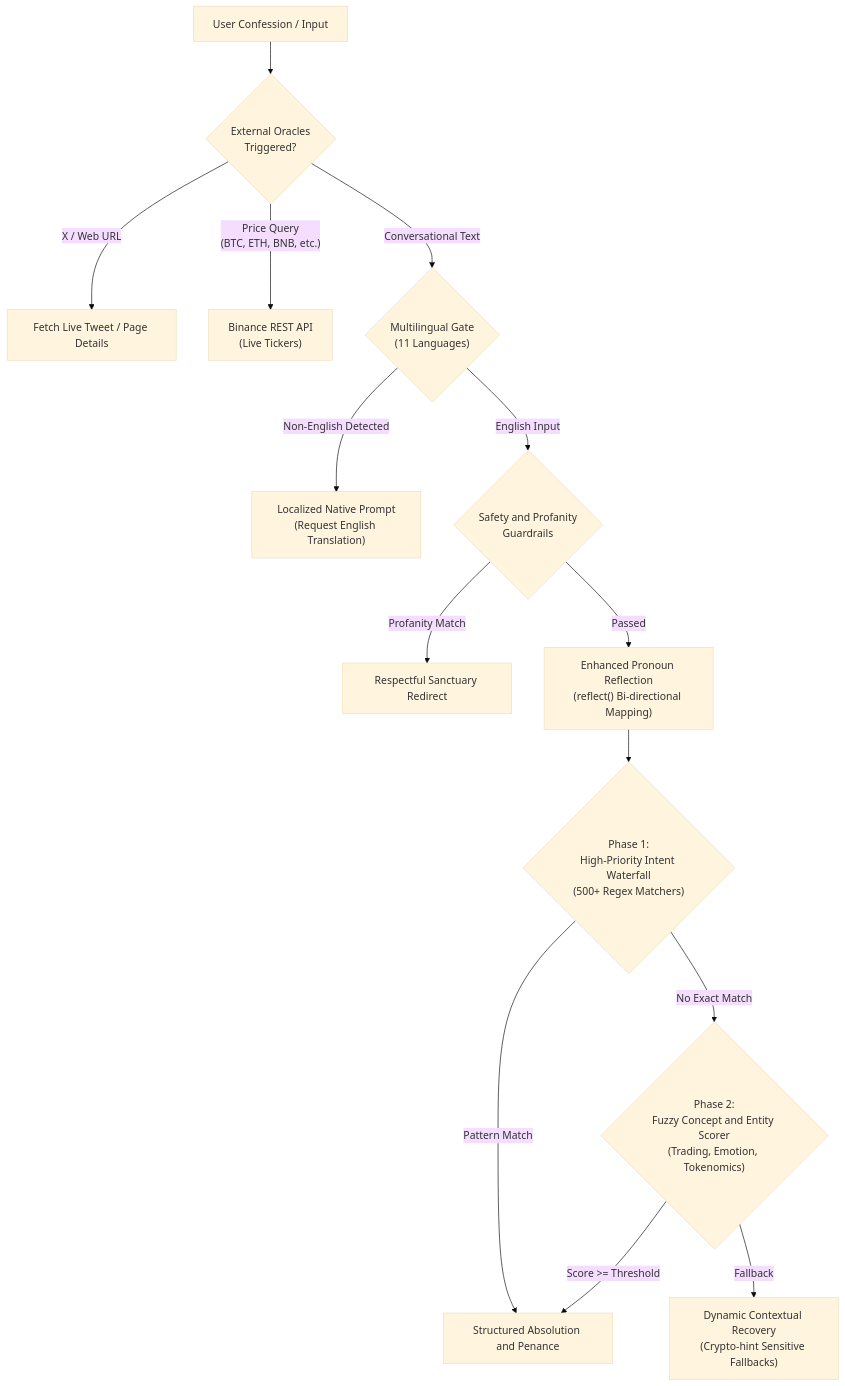
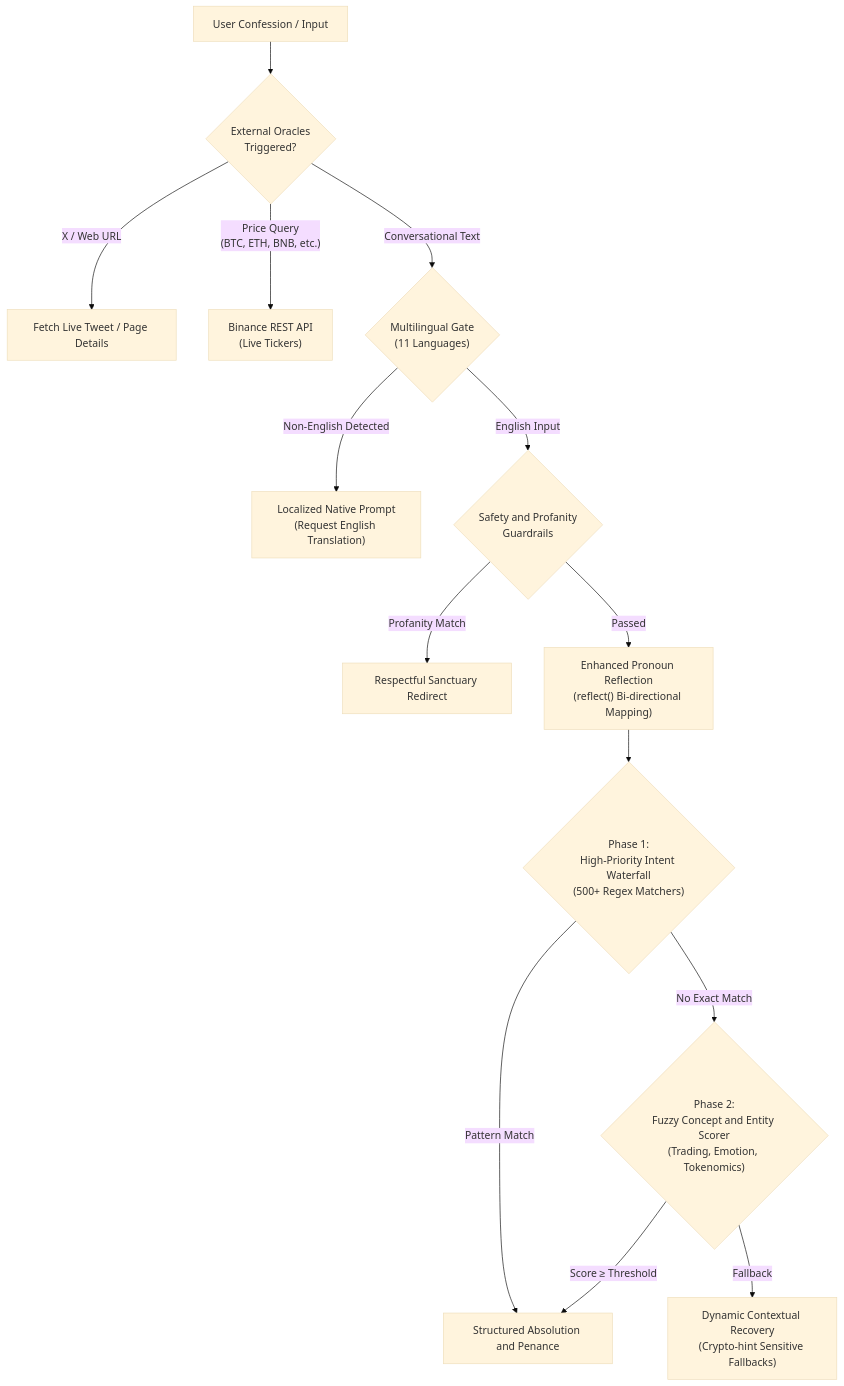
One commit to Lukecele/virtue changed the diagram in README.md. Above: the diagram before and after it, drawn with Mermaid (base theme).

Commit message:
docs: use Unicode symbol in Mermaid label for mobile SVG parser safety

````diff
--- a/README.md
+++ b/README.md
@@ -35,20 +35,20 @@
 ```mermaid
 flowchart TD
     A["User Confession / Input"] --> B{"External Oracles<br>Triggered?"}
     B -->|"X / Web URL"| C["Fetch Live Tweet / Page Details"]
     B -->|"Price Query<br>(BTC, ETH, BNB, etc.)"| D["Binance REST API<br>(Live Tickers)"]
     B -->|"Conversational Text"| E{"Multilingual Gate<br>(11 Languages)"}
     
     E -->|"Non-English Detected"| F["Localized Native Prompt<br>(Request English Translation)"]
     E -->|"English Input"| G{"Safety and Profanity<br>Guardrails"}
     
     G -->|"Profanity Match"| H["Respectful Sanctuary Redirect"]
     G -->|"Passed"| I["Enhanced Pronoun Reflection<br>(reflect() Bi-directional Mapping)"]
     
     I --> J{"Phase 1:<br>High-Priority Intent Waterfall<br>(500+ Regex Matchers)"}
     J -->|"Pattern Match"| K["Structured Absolution and Penance"]
     J -->|"No Exact Match"| L{"Phase 2:<br>Fuzzy Concept and Entity Scorer<br>(Trading, Emotion, Tokenomics)"}
     
-    L -->|"Score >= Threshold"| K
+    L -->|"Score ≥ Threshold"| K
     L -->|"Fallback"| M["Dynamic Contextual Recovery<br>(Crypto-hint Sensitive Fallbacks)"]
 ```
````
